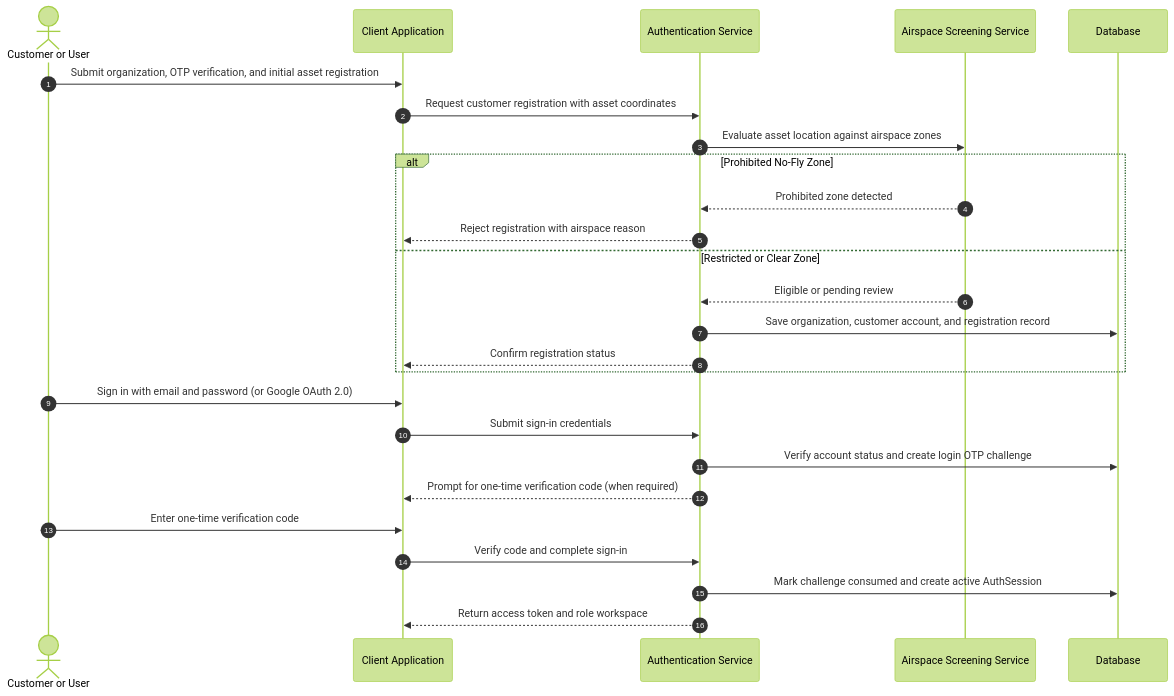
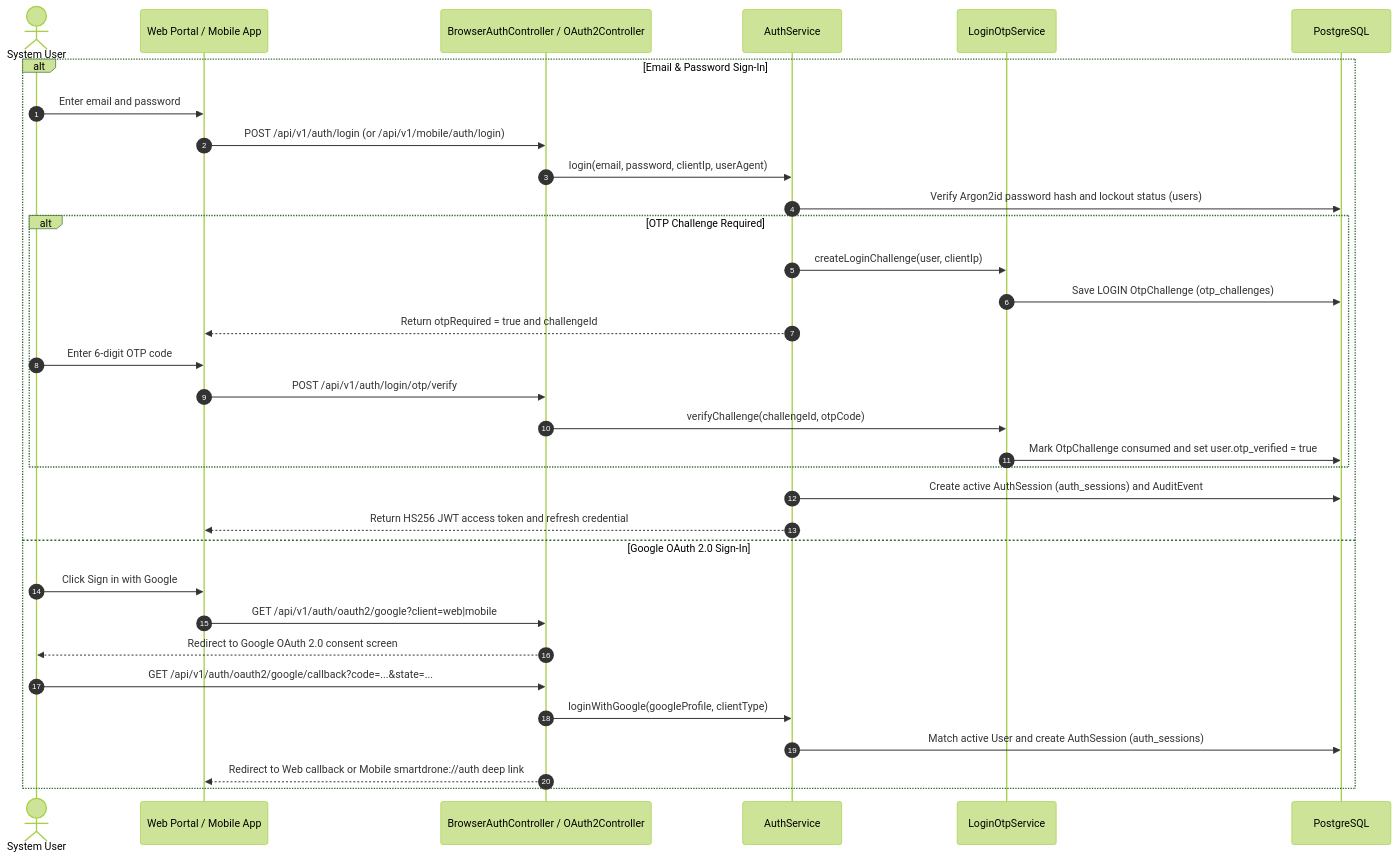
Before and after one commit to tungbach12/SmartDroneInspection-Docs: the third of 26 diagrams in reports/report-4-software-design-document/03-detailed-design.md, drawn with Mermaid (forest theme). The commit also changed other lines of this file and 94 other files, not shown here.

````diff
--- a/reports/report-4-software-design-document/03-detailed-design.md
+++ b/reports/report-4-software-design-document/03-detailed-design.md
@@ -98,31 +140,37 @@
 ```mermaid
-%% title: FE-01 Customer Registration and User Sign-In Sequence Diagram
+%% title: FE-01 User Sign-In, OTP Verification and Google OAuth 2.0 Sequence Diagram
 sequenceDiagram
   autonumber
-  actor User as Customer or User
-  participant App as Client Application
-  participant Auth as Authentication Service
-  participant Airspace as Airspace Screening Service
-  participant DB as Database
+  actor User as System User
+  participant App as Web Portal / Mobile App
+  participant Ctrl as BrowserAuthController / OAuth2Controller
+  participant Auth as AuthService
+  participant Otp as LoginOtpService
+  participant DB as PostgreSQL
 
-  User->>App: Submit organization, OTP verification, and initial asset registration
-  App->>Auth: Request customer registration with asset coordinates
-  Auth->>Airspace: Evaluate asset location against airspace zones
-  alt Prohibited No-Fly Zone
-    Airspace-->>Auth: Prohibited zone detected
-    Auth-->>App: Reject registration with airspace reason
-  else Restricted or Clear Zone
-    Airspace-->>Auth: Eligible or pending review
-    Auth->>DB: Save organization, customer account, and registration record
-    Auth-->>App: Confirm registration status
+  alt Email & Password Sign-In
+    User->>App: Enter email and password
+    App->>Ctrl: POST /api/v1/auth/login (or /api/v1/mobile/auth/login)
+    Ctrl->>Auth: login(email, password, clientIp, userAgent)
+    Auth->>DB: Verify Argon2id password hash and lockout status (users)
+    alt OTP Challenge Required
+      Auth->>Otp: createLoginChallenge(user, clientIp)
+      Otp->>DB: Save LOGIN OtpChallenge (otp_challenges)
+      Auth-->>App: Return otpRequired = true and challengeId
+      User->>App: Enter 6-digit OTP code
+      App->>Ctrl: POST /api/v1/auth/login/otp/verify
+      Ctrl->>Otp: verifyChallenge(challengeId, otpCode)
+      Otp->>DB: Mark OtpChallenge consumed and set user.otp_verified = true
+    end
+    Auth->>DB: Create active AuthSession (auth_sessions) and AuditEvent
+    Auth-->>App: Return HS256 JWT access token and refresh credential
+  else Google OAuth 2.0 Sign-In
+    User->>App: Click Sign in with Google
+    App->>Ctrl: GET /api/v1/auth/oauth2/google?client=web|mobile
+    Ctrl-->>User: Redirect to Google OAuth 2.0 consent screen
+    User->>Ctrl: GET /api/v1/auth/oauth2/google/callback?code=...&state=...
+    Ctrl->>Auth: loginWithGoogle(googleProfile, clientType)
+    Auth->>DB: Match active User and create AuthSession (auth_sessions)
+    Ctrl-->>App: Redirect to Web callback or Mobile smartdrone://auth deep link
   end
-
-  User->>App: Sign in with email and password (or Google OAuth 2.0)
-  App->>Auth: Submit sign-in credentials
-  Auth->>DB: Verify account status and create login OTP challenge
-  Auth-->>App: Prompt for one-time verification code (when required)
-  User->>App: Enter one-time verification code
-  App->>Auth: Verify code and complete sign-in
-  Auth->>DB: Mark challenge consumed and create active AuthSession
-  Auth-->>App: Return access token and role workspace
 ```
````
